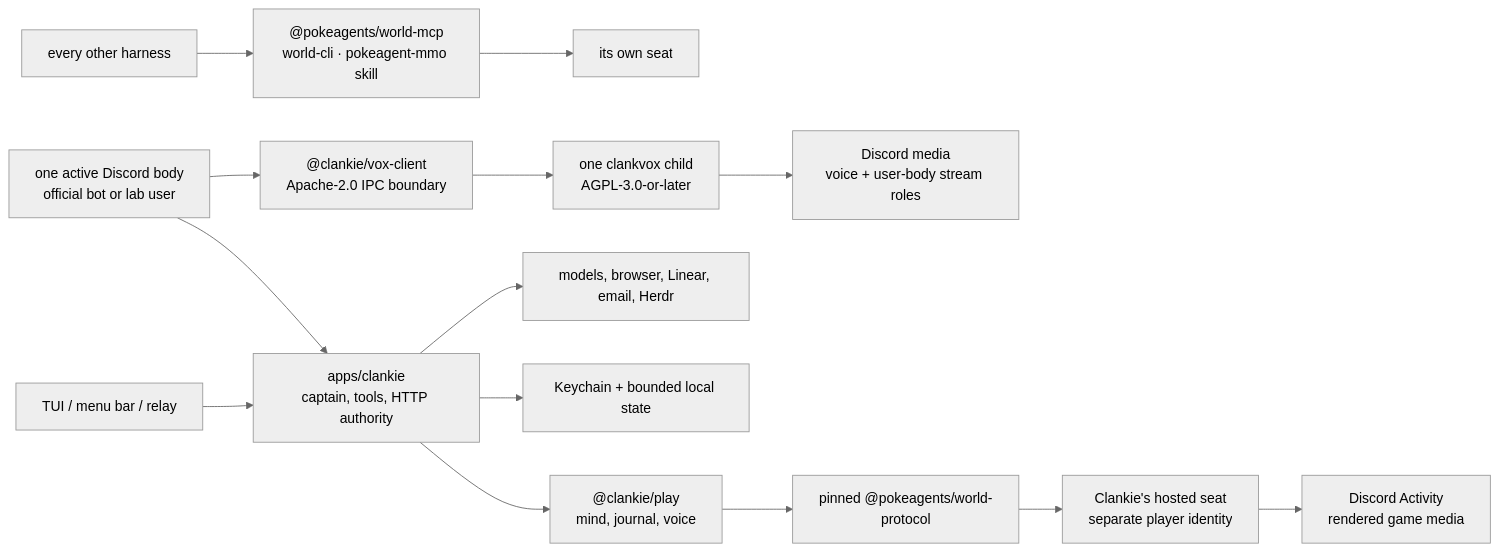
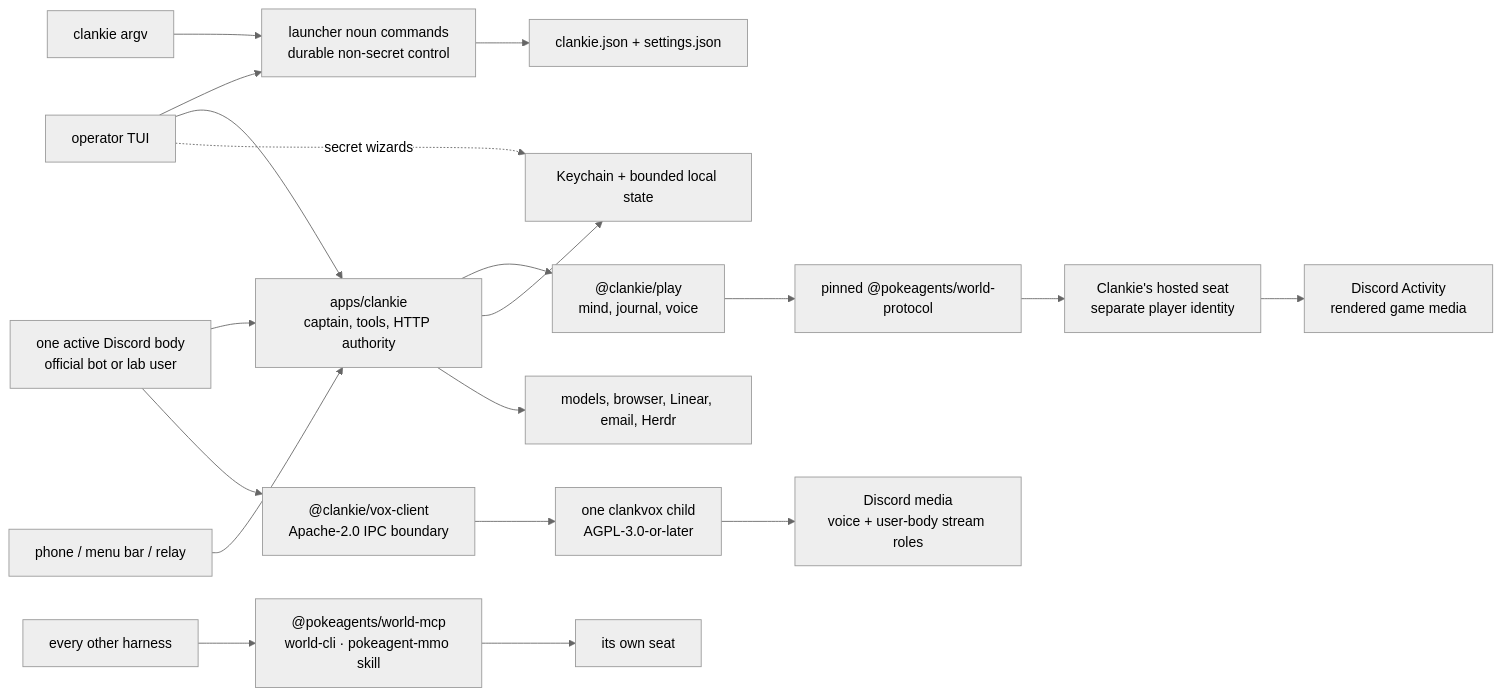
Before and after one commit to Volpestyle/clankie: the diagram in docs/architecture.md, drawn with Mermaid (neutral theme). The commit also changed other lines of this file and 26 other files, not shown here.

Commit message:
Make launcher commands the canonical control layer

````diff
--- a/docs/architecture.md
+++ b/docs/architecture.md
@@ -7,13 +7,17 @@
 ```mermaid
 flowchart LR
-  TUI["TUI / menu bar / relay"] --> Service["apps/clankie<br/>captain, tools, HTTP authority"]
+  Argv["clankie argv"] --> Commands["launcher noun commands<br/>durable non-secret control"]
+  TUI["operator TUI"] --> Commands --> Config["clankie.json + settings.json"]
+  TUI --> Service["apps/clankie<br/>captain, tools, HTTP authority"]
+  TUI -. "secret wizards" .-> State
+  Remote["phone / menu bar / relay"] --> Service
   Body["one active Discord body<br/>official bot or lab user"] --> Service
   Body --> Client["@clankie/vox-client<br/>Apache-2.0 IPC boundary"]
   Client --> Vox["one clankvox child<br/>AGPL-3.0-or-later"]
   Vox --> Media["Discord media<br/>voice + user-body stream roles"]
   Service --> Mind["@clankie/play<br/>mind, journal, voice"] --> Contract["pinned @pokeagents/world-protocol"] --> Seat["Clankie's hosted seat<br/>separate player identity"]
   Seat --> Activity["Discord Activity<br/>rendered game media"]
   Harness["every other harness"] --> Doors["@pokeagents/world-mcp<br/>world-cli · pokeagent-mmo skill"] --> OtherSeat["its own seat"]
   Service --> State["Keychain + bounded local state"]
   Service --> External["models, browser, Linear, email, Herdr"]
 ```
````
